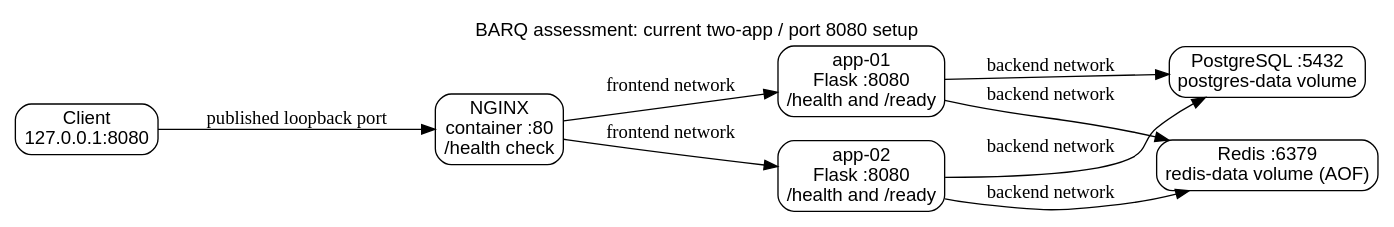
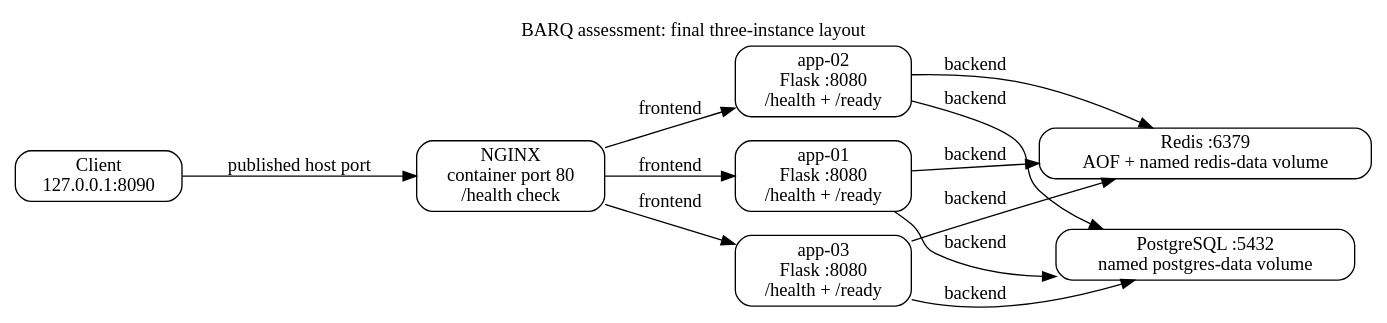
Before and after one commit to YoussefYousry-21/barq-assessment: the diagram in architecture.dot, drawn with Graphviz. The commit also changed 6 other files, not shown here.

Commit message:
Document final architecture and investigation evidence

```diff
--- a/architecture.dot
+++ b/architecture.dot
@@ -1,20 +1,23 @@
 digraph BARQ {
-  rankdir=LR;
-  graph [fontname="Arial", label="BARQ assessment: current two-app / port 8080 setup", labelloc=t];
-  node [shape=box, style=rounded, fontname="Arial"];
+  graph [rankdir=LR, label="BARQ assessment: final three-instance layout", labelloc=t];
+  node [shape=box, style=rounded];
 
-  client [label="Client\n127.0.0.1:8080"];
-  nginx [label="NGINX\ncontainer :80\n/health check"];
-  app1 [label="app-01\nFlask :8080\n/health and /ready"];
-  app2 [label="app-02\nFlask :8080\n/health and /ready"];
-  pg [label="PostgreSQL :5432\npostgres-data volume"];
-  redis [label="Redis :6379\nredis-data volume (AOF)"];
+  client [label="Client\n127.0.0.1:8090"];
+  nginx [label="NGINX\ncontainer port 80\n/health check"];
+  app1 [label="app-01\nFlask :8080\n/health + /ready"];
+  app2 [label="app-02\nFlask :8080\n/health + /ready"];
+  app3 [label="app-03\nFlask :8080\n/health + /ready"];
+  postgres [label="PostgreSQL :5432\nnamed postgres-data volume"];
+  redis [label="Redis :6379\nAOF + named redis-data volume"];
 
-  client -> nginx [label="published loopback port"];
-  nginx -> app1 [label="frontend network"];
-  nginx -> app2 [label="frontend network"];
-  app1 -> pg [label="backend network"];
-  app2 -> pg [label="backend network"];
-  app1 -> redis [label="backend network"];
-  app2 -> redis [label="backend network"];
+  client -> nginx [label="published host port"];
+  nginx -> app1 [label="frontend"];
+  nginx -> app2 [label="frontend"];
+  nginx -> app3 [label="frontend"];
+  app1 -> postgres [label="backend"];
+  app2 -> postgres [label="backend"];
+  app3 -> postgres [label="backend"];
+  app1 -> redis [label="backend"];
+  app2 -> redis [label="backend"];
+  app3 -> redis [label="backend"];
 }
```
